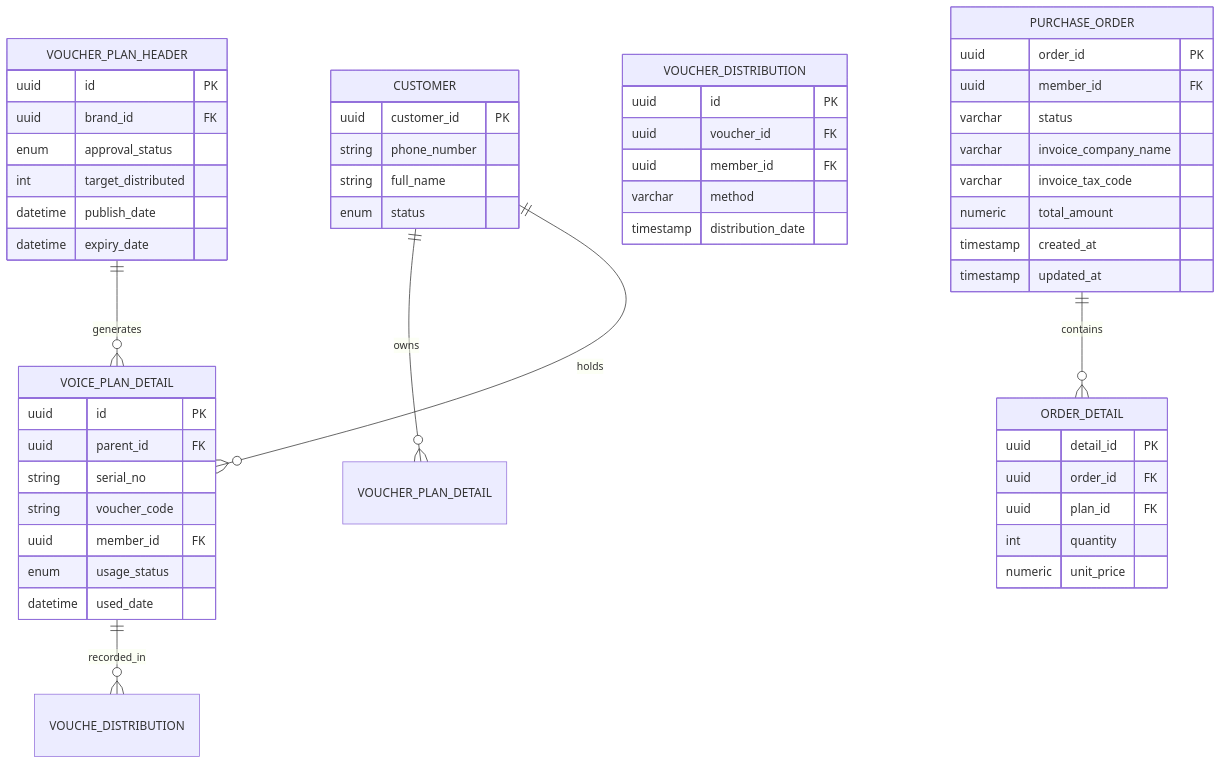
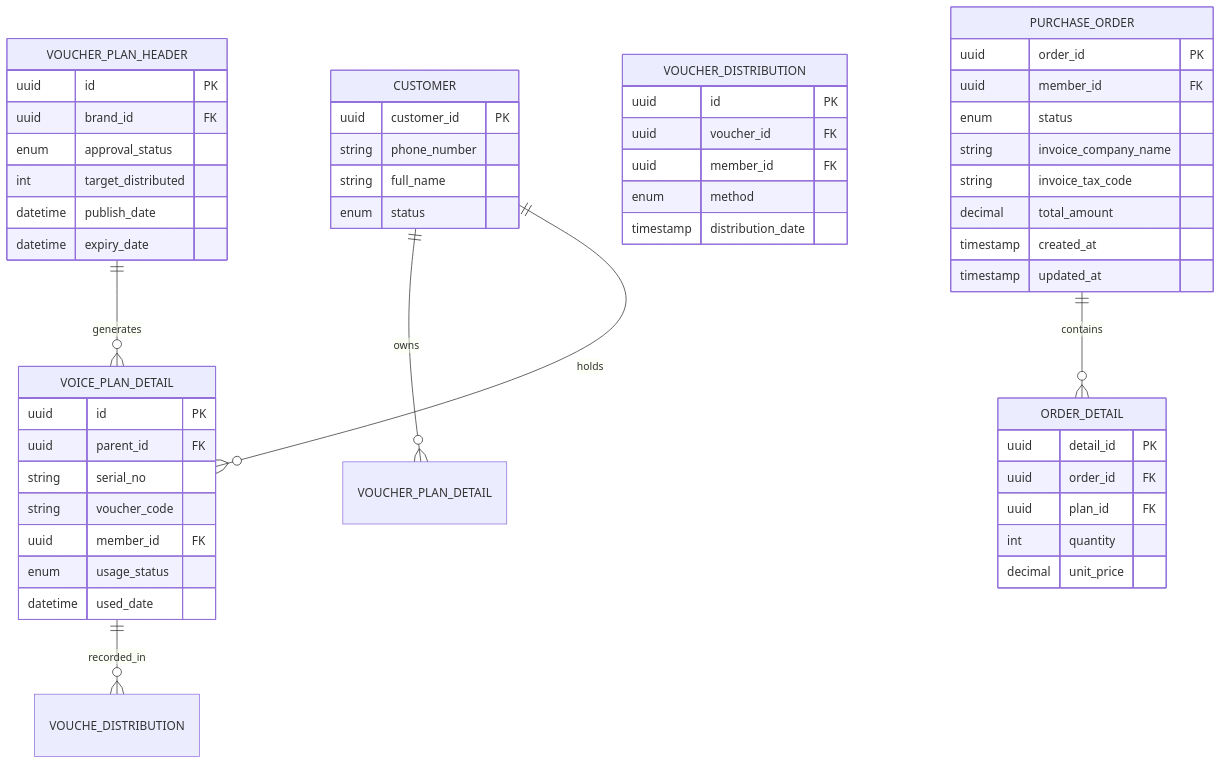
Before and after one commit to lamhongbac/NonCash: the seventh of 8 diagrams in .qoder/repowiki/en/content/Core Services Implementation/Distribution Service.md, drawn with Mermaid. The commit also changed other lines of this file and 13 other files, not shown here.

````diff
--- a/.qoder/repowiki/en/content/Core Services Implementation/Distribution Service.md
+++ b/.qoder/repowiki/en/content/Core Services Implementation/Distribution Service.md
@@ -259,55 +312,55 @@
 ```mermaid
 erDiagram
 VOUCHER_PLAN_HEADER {
 uuid id PK
 uuid brand_id FK
 enum approval_status
 int target_distributed
 datetime publish_date
 datetime expiry_date
 }
 VOICE_PLAN_DETAIL {
 uuid id PK
 uuid parent_id FK
 string serial_no
 string voucher_code
 uuid member_id FK
 enum usage_status
 datetime used_date
 }
 CUSTOMER {
 uuid customer_id PK
 string phone_number
 string full_name
 enum status
 }
 VOUCHER_DISTRIBUTION {
 uuid id PK
 uuid voucher_id FK
 uuid member_id FK
-varchar method
+enum method
 timestamp distribution_date
 }
 PURCHASE_ORDER {
 uuid order_id PK
 uuid member_id FK
-varchar status
-varchar invoice_company_name
-varchar invoice_tax_code
-numeric total_amount
+enum status
+string invoice_company_name
+string invoice_tax_code
+decimal total_amount
 timestamp created_at
 timestamp updated_at
 }
 ORDER_DETAIL {
 uuid detail_id PK
 uuid order_id FK
 uuid plan_id FK
 int quantity
-numeric unit_price
+decimal unit_price
 }
 CUSTOMER ||--o{ VOUCHER_PLAN_DETAIL : "owns"
 CUSTOMER ||--o{ VOICE_PLAN_DETAIL : "holds"
 VOUCHER_PLAN_HEADER ||--o{ VOICE_PLAN_DETAIL : "generates"
 VOICE_PLAN_DETAIL ||--o{ VOUCHE_DISTRIBUTION : "recorded_in"
 PURCHASE_ORDER ||--o{ ORDER_DETAIL : "contains"
 ```
````
